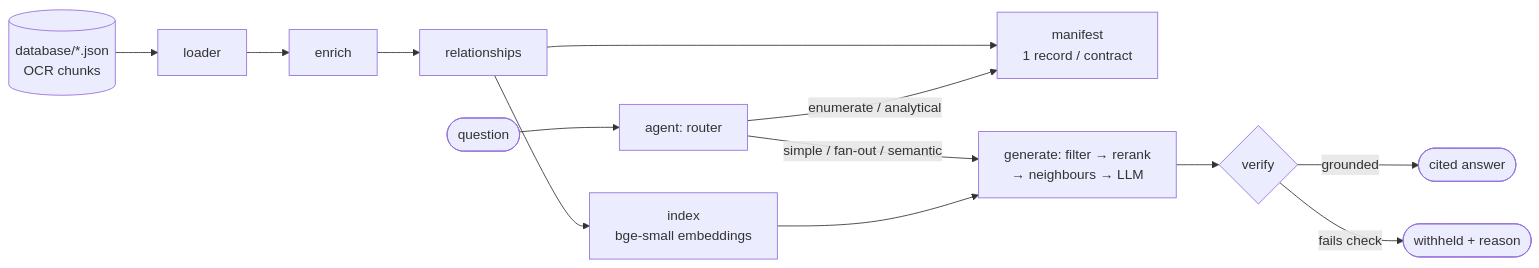
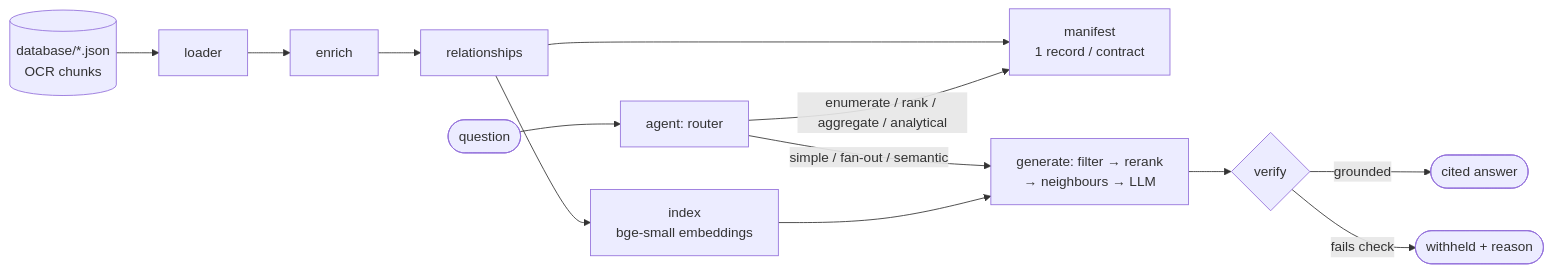
Before and after one commit to rbodarve/sentri-backend: the diagram in README.md, drawn with Mermaid. The commit also changed other lines of this file and 13 other files, not shown here.

````diff
--- a/README.md
+++ b/README.md
@@ -93,13 +93,13 @@
 ```mermaid
 flowchart LR
     DB[(database/*.json<br/>OCR chunks)] --> L[loader] --> E[enrich] --> R[relationships]
     R --> I[index<br/>bge-small embeddings]
     R --> M[manifest<br/>1 record / contract]
     Q([question]) --> A[agent: router]
     A -->|simple / fan-out / semantic| G[generate: filter → rerank<br/>→ neighbours → LLM]
-    A -->|enumerate / analytical| M
+    A -->|enumerate / rank / aggregate / analytical| M
     I --> G
     G --> V{verify}
     V -->|grounded| OUT([cited answer])
     V -->|fails check| W([withheld + reason])
 ```
````
